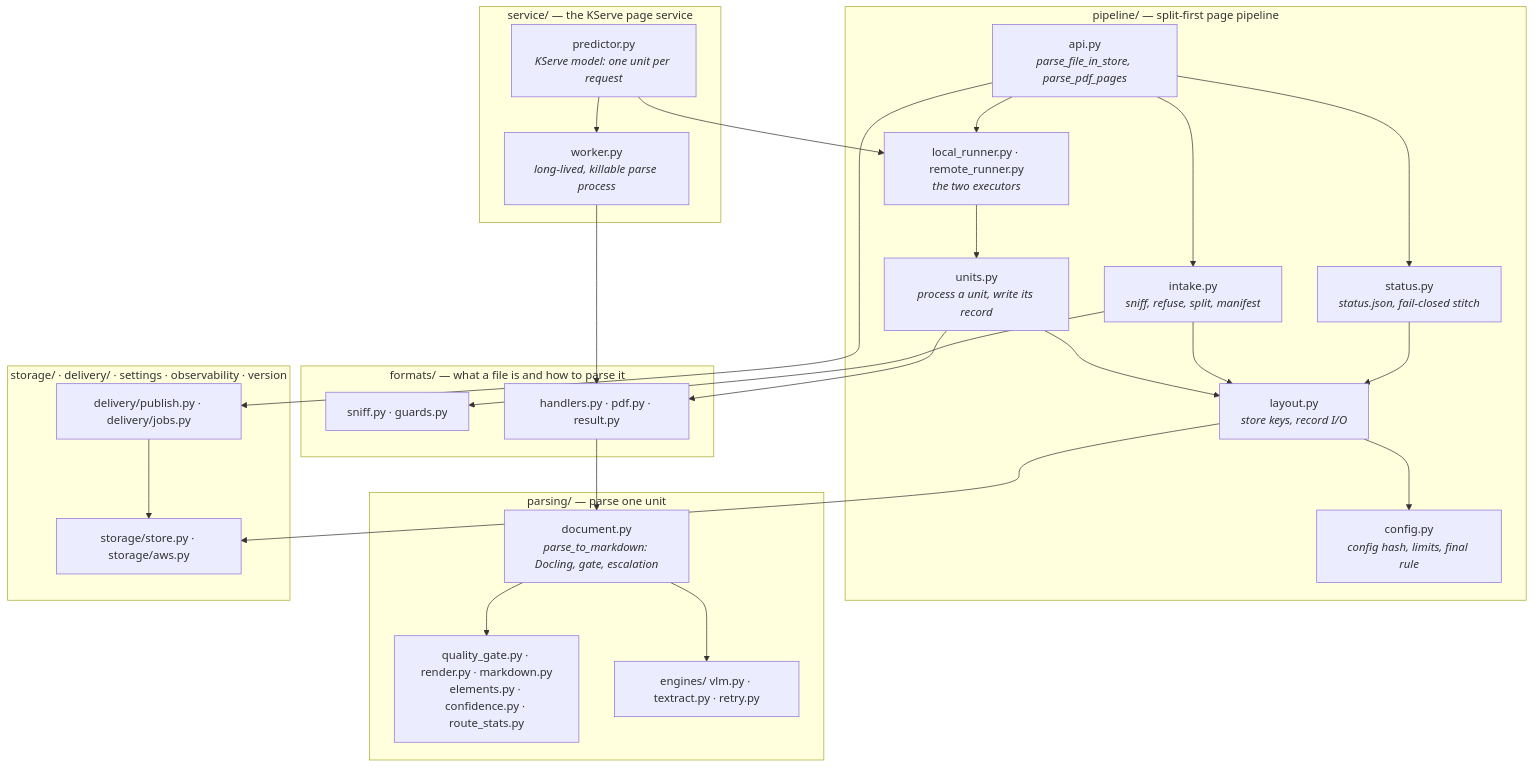
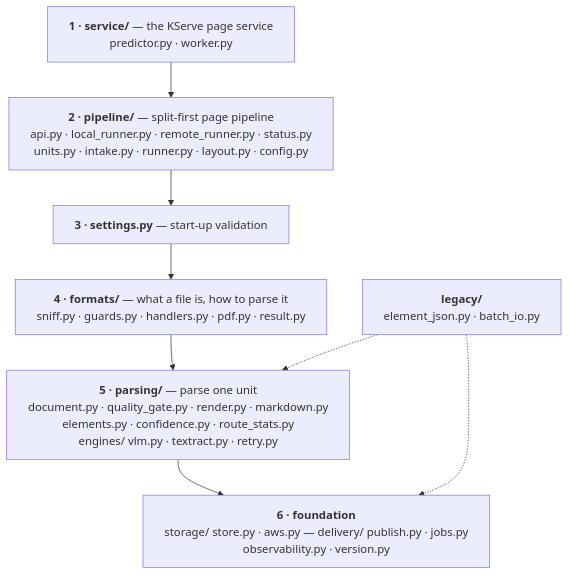
Before and after one commit to anguyenbus/doc-parser: the first of 3 diagrams in docs/architecture.md, drawn with Mermaid. The commit also changed other lines of this file, not shown here.

First line of the commit message:
Redraw the architecture diagrams

````diff
--- a/docs/architecture.md
+++ b/docs/architecture.md
@@ -12,49 +12,15 @@
 ```mermaid
-graph TD
-    subgraph svc["service/ — the KServe page service"]
-        PRED["predictor.py<br/><i>KServe model: one unit per request</i>"]
-        WORK["worker.py<br/><i>long-lived, killable parse process</i>"]
-    end
-    subgraph pipe["pipeline/ — split-first page pipeline"]
-        API["api.py<br/><i>parse_file_in_store, parse_pdf_pages</i>"]
-        RUN["local_runner.py · remote_runner.py<br/><i>the two executors</i>"]
-        STAT["status.py<br/><i>status.json, fail-closed stitch</i>"]
-        UNITS["units.py<br/><i>process a unit, write its record</i>"]
-        INTAKE["intake.py<br/><i>sniff, refuse, split, manifest</i>"]
-        LAYOUT["layout.py<br/><i>store keys, record I/O</i>"]
-        CONF["config.py<br/><i>config hash, limits, final rule</i>"]
-    end
-    subgraph fmt["formats/ — what a file is and how to parse it"]
-        SNIFF["sniff.py · guards.py"]
-        HAND["handlers.py · pdf.py · result.py"]
-    end
-    subgraph prs["parsing/ — parse one unit"]
-        DOC["document.py<br/><i>parse_to_markdown: Docling, gate, escalation</i>"]
-        GATE["quality_gate.py · render.py · markdown.py<br/>elements.py · confidence.py · route_stats.py"]
-        ENG["engines/ vlm.py · textract.py · retry.py"]
-    end
-    subgraph low["storage/ · delivery/ · settings · observability · version"]
-        STORE["storage/store.py · storage/aws.py"]
-        DEL["delivery/publish.py · delivery/jobs.py"]
-    end
+%%{init: {"flowchart": {"wrappingWidth": 560}}}%%
+flowchart TB
+    L1["<b>1 · service/</b> — the KServe page service<br/>predictor.py · worker.py"]
+    L2["<b>2 · pipeline/</b> — split-first page pipeline<br/>api.py · local_runner.py · remote_runner.py · status.py<br/>units.py · intake.py · runner.py · layout.py · config.py"]
+    L3["<b>3 · settings.py</b> — start-up validation"]
+    L4["<b>4 · formats/</b> — what a file is, how to parse it<br/>sniff.py · guards.py · handlers.py · pdf.py · result.py"]
+    L5["<b>5 · parsing/</b> — parse one unit<br/>document.py · quality_gate.py · render.py · markdown.py<br/>elements.py · confidence.py · route_stats.py<br/>engines/ vlm.py · textract.py · retry.py"]
+    L6["<b>6 · foundation</b><br/>storage/ store.py · aws.py — delivery/ publish.py · jobs.py<br/>observability.py · version.py"]
+    LEG["<b>legacy/</b><br/>element_json.py · batch_io.py"]
 
-    PRED --> WORK
-    PRED --> RUN
-    WORK --> HAND
-    API --> RUN
-    API --> STAT
-    API --> INTAKE
-    RUN --> UNITS
-    UNITS --> HAND
-    UNITS --> LAYOUT
-    INTAKE --> SNIFF
-    INTAKE --> LAYOUT
-    STAT --> LAYOUT
-    LAYOUT --> CONF
-    HAND --> DOC
-    DOC --> GATE
-    DOC --> ENG
-    API --> DEL
-    LAYOUT --> STORE
-    DEL --> STORE
+    L1 --> L2 --> L3 --> L4 --> L5 --> L6
+    LEG -.-> L5
+    LEG -.-> L6
 ```
````
